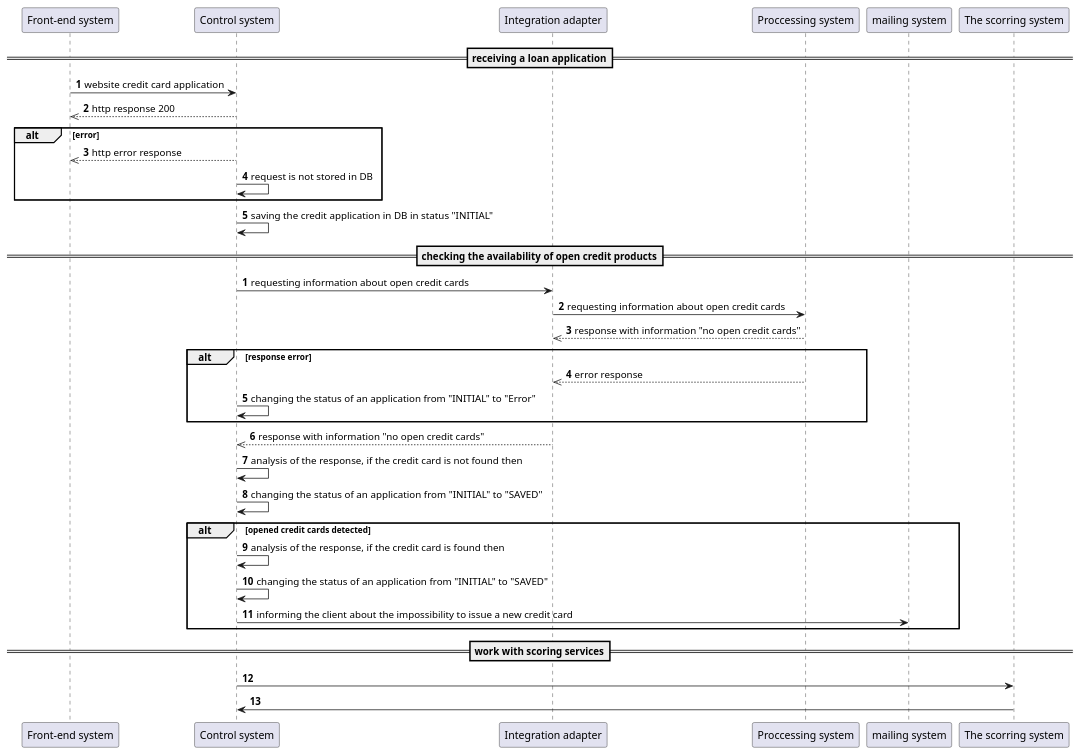
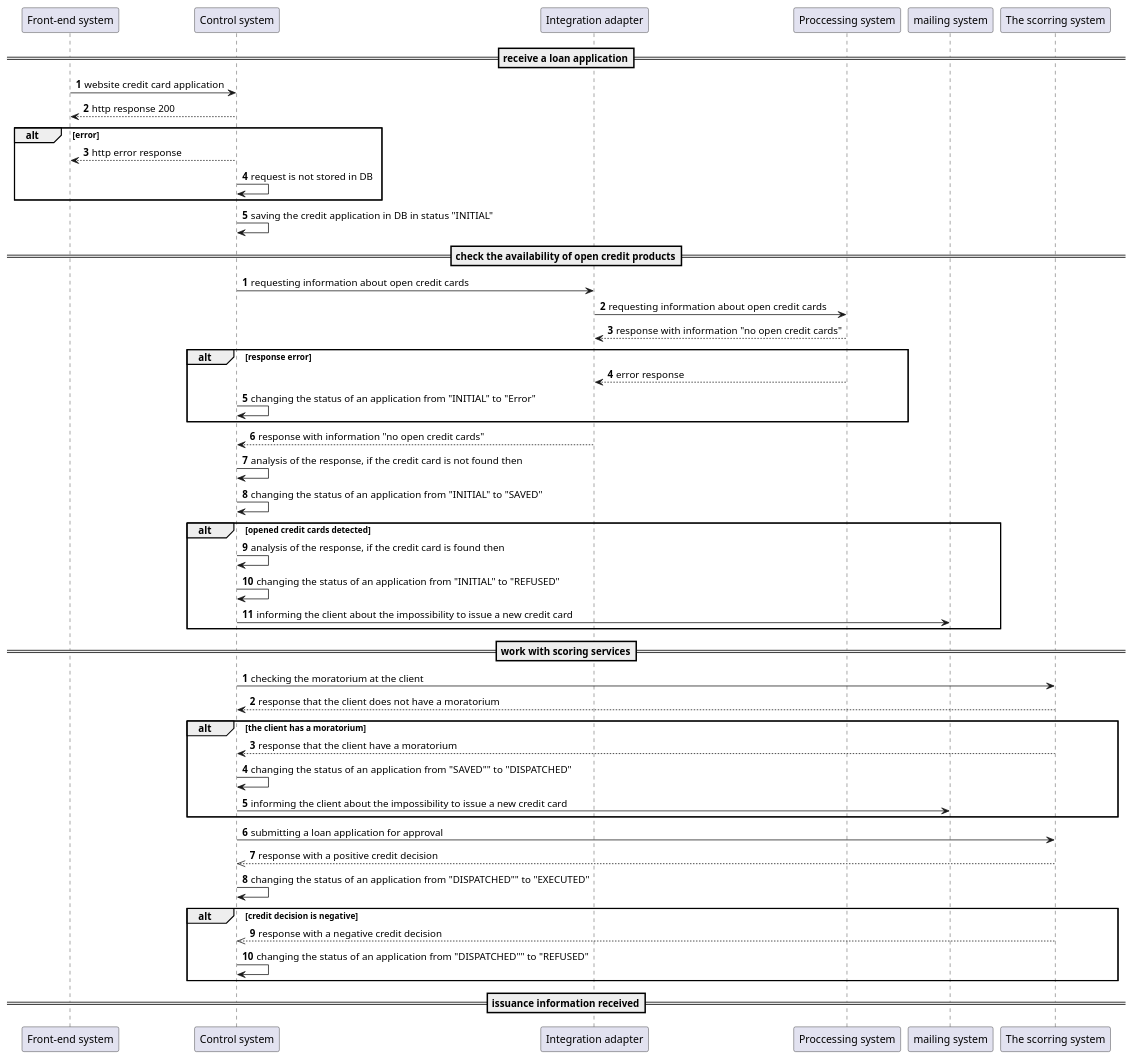
The diagram in .idea/src/main/uml/sequence diagram/Loan application.puml (Hello-Stella/Solutions), drawn with PlantUML before and after one commit.

Commit message:
created new draft UML "loan application"

```diff
--- a/.idea/src/main/uml/sequence diagram/Loan application.puml
+++ b/.idea/src/main/uml/sequence diagram/Loan application.puml
@@ -1,38 +1,53 @@
 @startuml
 
 
-==receiving a loan application==
+==receive a loan application==
 autonumber
 "Front-end system" -> "Control system": website credit card application
-"Front-end system" <<-- "Control system": http response 200
+"Front-end system" <-- "Control system": http response 200
 alt  error
-"Front-end system" <<-- "Control system": http error response
+"Front-end system" <-- "Control system": http error response
 "Control system" -> "Control system": request is not stored in DB
 end
 "Control system" -> "Control system": saving the credit application in DB in status "INITIAL"
 
-==checking the availability of open credit products==
+
+==check the availability of open credit products==
 autonumber
 "Control system" -> "Integration adapter": requesting information about open credit cards
 "Integration adapter" -> "Proccessing system": requesting information about open credit cards
-"Integration adapter" <<-- "Proccessing system": response with information "no open credit cards"
+"Integration adapter" <-- "Proccessing system": response with information "no open credit cards"
 alt response error
-"Integration adapter" <<-- "Proccessing system": error response
+"Integration adapter" <-- "Proccessing system": error response
 "Control system" -> "Control system": changing the status of an application from "INITIAL" to "Error"
 end
-"Control system" <<-- "Integration adapter": response with information "no open credit cards"
+"Control system" <-- "Integration adapter": response with information "no open credit cards"
 "Control system" -> "Control system": analysis of the response, if the credit card is not found then
 "Control system" -> "Control system": changing the status of an application from "INITIAL" to "SAVED"
 alt opened credit cards detected
 "Control system" -> "Control system": analysis of the response, if the credit card is found then
-"Control system" -> "Control system": changing the status of an application from "INITIAL" to "SAVED"
+"Control system" -> "Control system": changing the status of an application from "INITIAL" to "REFUSED"
 "Control system" -> "mailing system": informing the client about the impossibility to issue a new credit card
 end
 
 
 ==work with scoring services==
-"Control system" -> "The scorring system"
-"Control system" <- "The scorring system"
+autonumber
+"Control system" -> "The scorring system": checking the moratorium at the client
+"Control system" <-- "The scorring system": response that the client does not have a moratorium
+alt the client has a moratorium
+"Control system" <-- "The scorring system": response that the client have a moratorium
+"Control system" -> "Control system": changing the status of an application from "SAVED"" to "DISPATCHED"
+"Control system" -> "mailing system": informing the client about the impossibility to issue a new credit card
+end
+"Control system" -> "The scorring system": submitting a loan application for approval
+"Control system" <<-- "The scorring system": response with a positive credit decision
+"Control system" -> "Control system": changing the status of an application from "DISPATCHED"" to "EXECUTED"
+alt credit decision is negative
+"Control system" <<-- "The scorring system": response with a negative credit decision
+"Control system" -> "Control system": changing the status of an application from "DISPATCHED"" to "REFUSED"
+ end
 
+==issuance information received==
 
 @enduml
```
